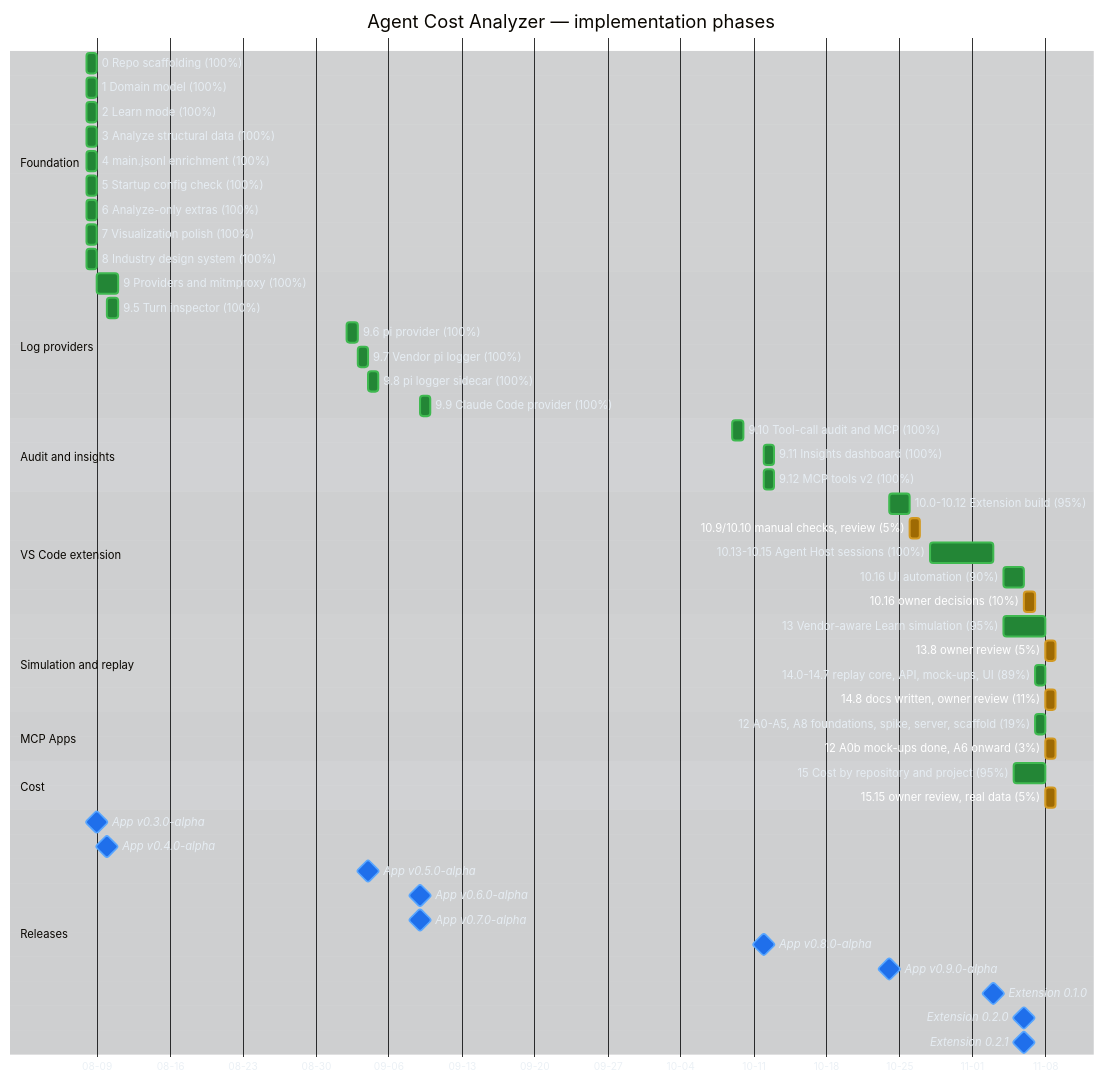
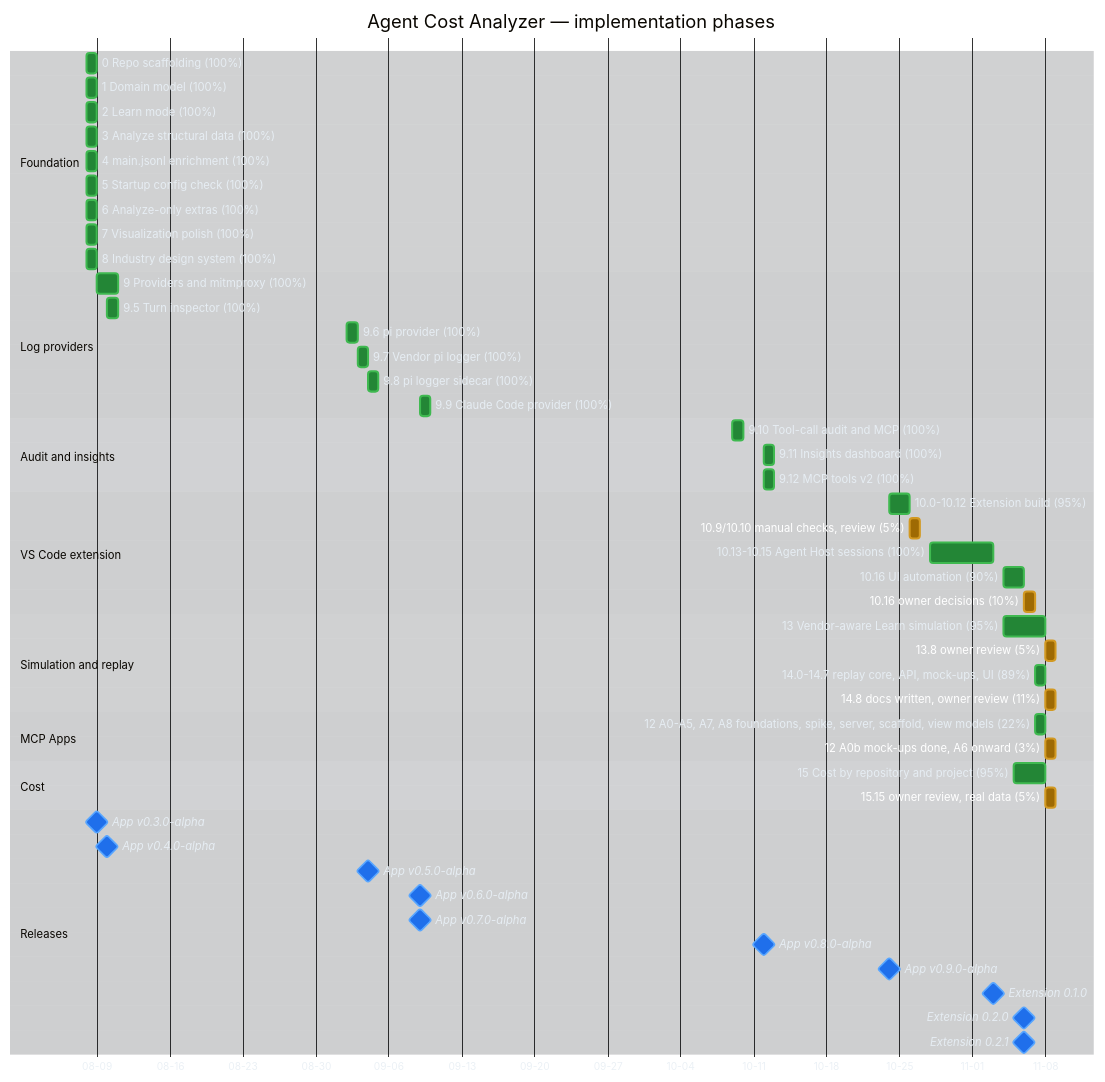
Before and after one commit to raulkivi/agent-cost-analyzer: the first of 3 diagrams in docs/implementation-plan-gantt.md, drawn with Mermaid. The commit also changed other lines of this file and 16 other files, not shown here.

First line of the commit message:
Phase 12 A7: pure view models for the U1-U3 MCP App views

```diff
--- a/docs/implementation-plan-gantt.md
+++ b/docs/implementation-plan-gantt.md
@@ -75,7 +75,7 @@
     14.8 docs written, owner review (11%)  :active, p14r, after p14, 1d
 
     section MCP Apps
-    12 A0-A5, A8 foundations, spike, server, scaffold (19%) :done, p12a, 2026-11-07, 1d
+    12 A0-A5, A7, A8 foundations, spike, server, scaffold, view models (22%) :done, p12a, 2026-11-07, 1d
     12 A0b mock-ups done, A6 onward (3%) :active, p12b, after p12a, 1d
 
     section Cost
```
